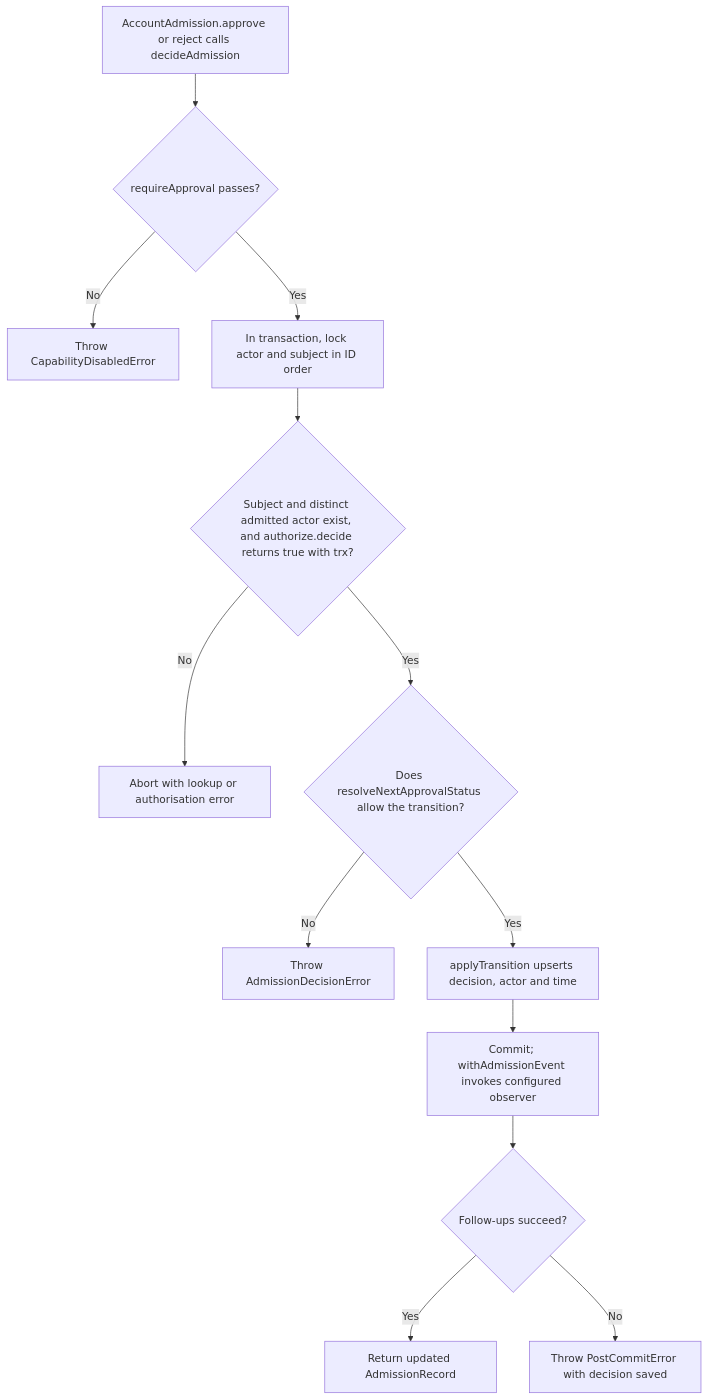
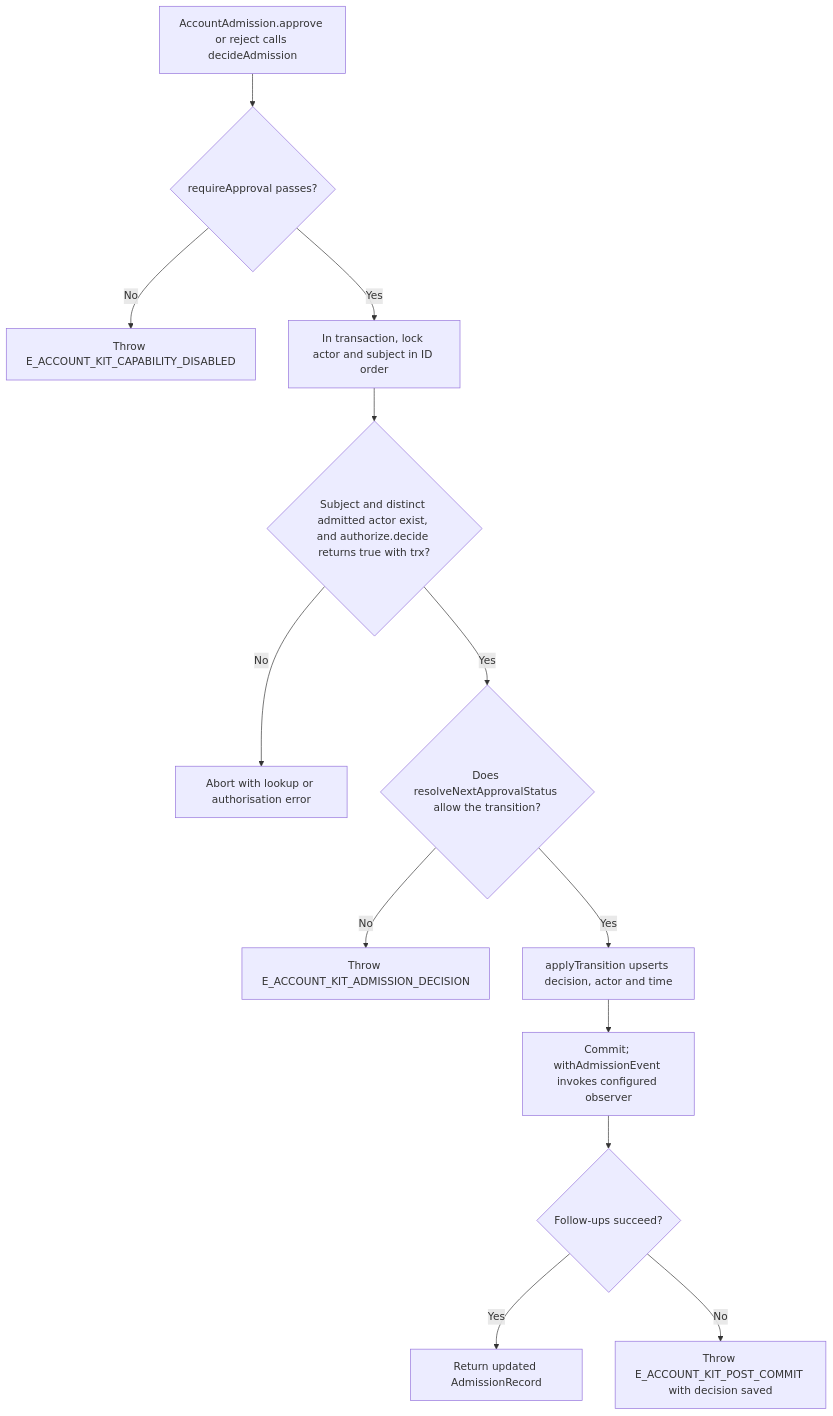
The second of 2 diagrams in user-stories/US-ACCOUNT-26-decide-admission.md (Kevinjohn/oss-adonisjs-account-kit), drawn with Mermaid before and after one commit. The commit also changed other lines of this file and 362 other files, not shown here.

````diff
--- a/user-stories/US-ACCOUNT-26-decide-admission.md
+++ b/user-stories/US-ACCOUNT-26-decide-admission.md
@@ -38,15 +38,15 @@
 ```mermaid
 flowchart TD
  A["AccountAdmission.approve or reject calls decideAdmission"] --> B{"requireApproval passes?"}
- B -->|No| X["Throw CapabilityDisabledError"]
+ B -->|No| X["Throw E_ACCOUNT_KIT_CAPABILITY_DISABLED"]
  B -->|Yes| C["In transaction, lock actor and subject in ID order"]
  C --> D{"Subject and distinct admitted actor exist, and authorize.decide returns true with trx?"}
  D -->|No| Y["Abort with lookup or authorisation error"]
  D -->|Yes| E{"Does resolveNextApprovalStatus allow the transition?"}
- E -->|No| Z["Throw AdmissionDecisionError"]
+ E -->|No| Z["Throw E_ACCOUNT_KIT_ADMISSION_DECISION"]
  E -->|Yes| F["applyTransition upserts decision, actor and time"]
  F --> G["Commit; withAdmissionEvent invokes configured observer"]
  G --> H{"Follow-ups succeed?"}
  H -->|Yes| I["Return updated AdmissionRecord"]
- H -->|No| J["Throw PostCommitError with decision saved"]
+ H -->|No| J["Throw E_ACCOUNT_KIT_POST_COMMIT with decision saved"]
 ```
````
